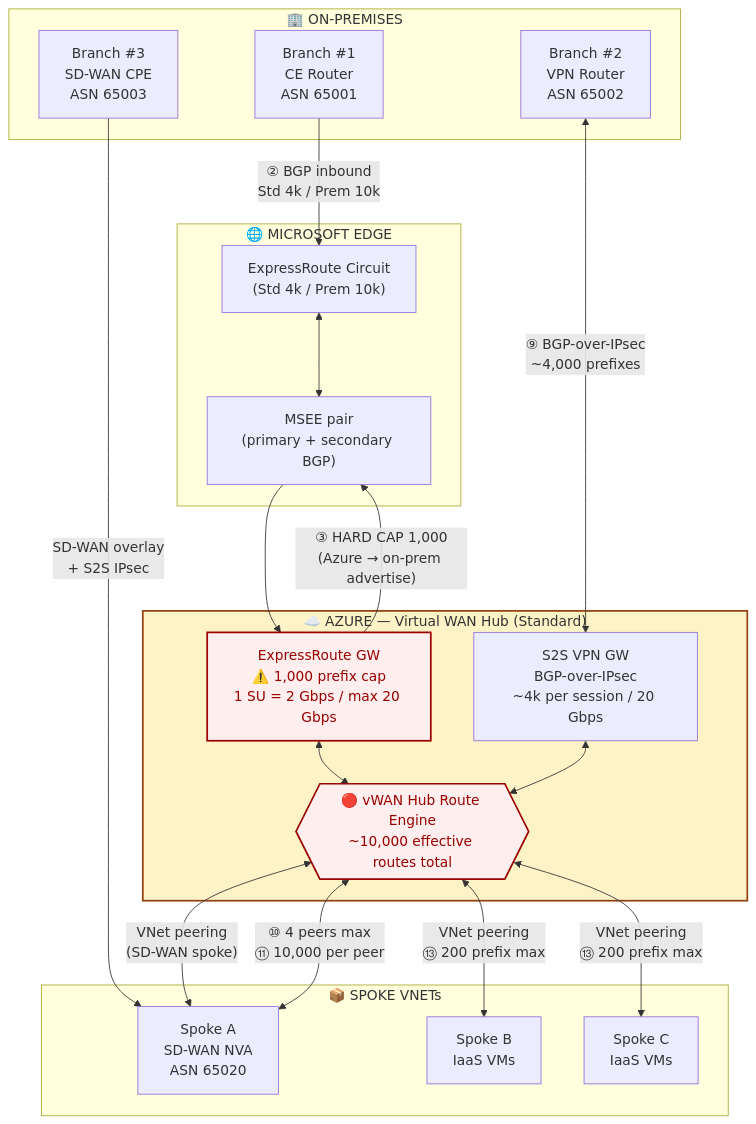
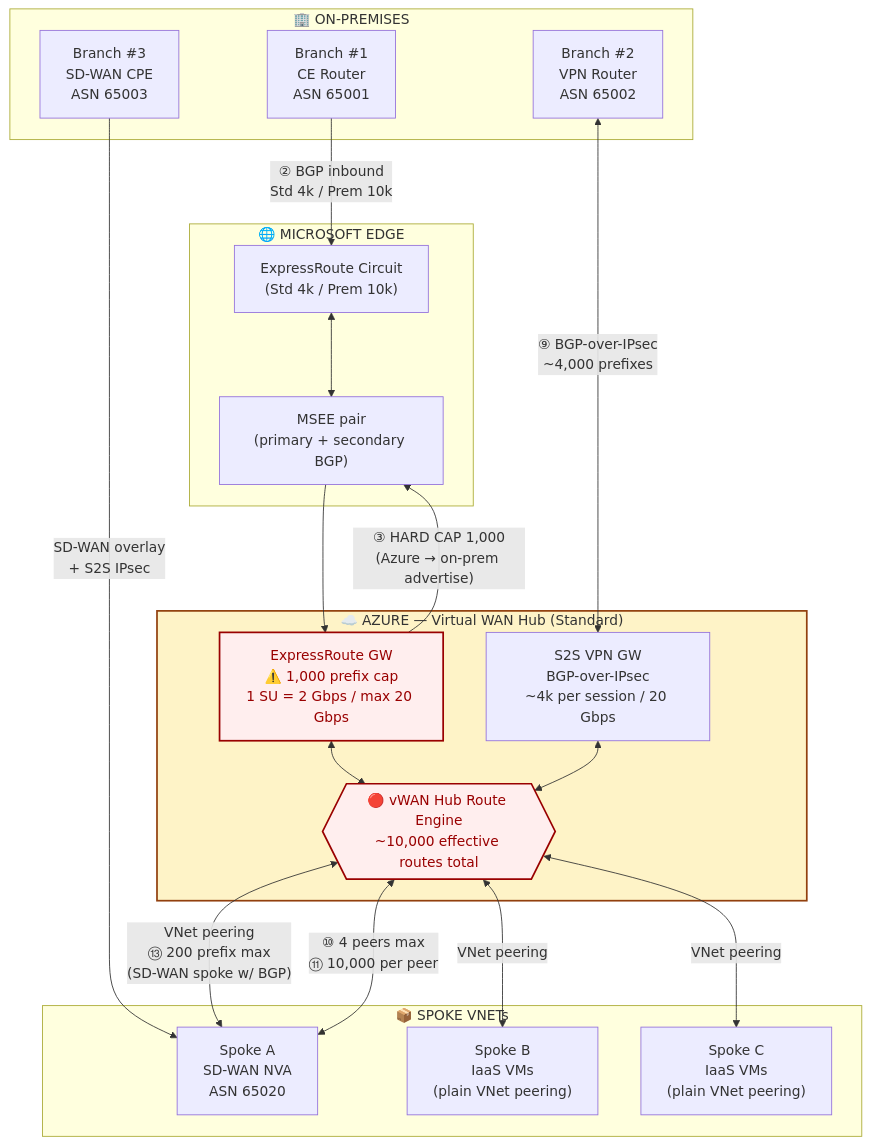
Before and after one commit to adtork/vwan-routing-limits: the first of 3 diagrams in README.md, drawn with Mermaid.

Commit message:
Spokes B/C are plain VNet peering - no route advertisement labels

````diff
--- a/README.md
+++ b/README.md
@@ -21,46 +21,46 @@
 ```mermaid
 flowchart TB
     subgraph OnPrem["🏢 ON-PREMISES"]
         B1["Branch #1<br/>CE Router<br/>ASN 65001"]
         B2["Branch #2<br/>VPN Router<br/>ASN 65002"]
         B3["Branch #3<br/>SD-WAN CPE<br/>ASN 65003"]
     end
 
     subgraph Edge["🌐 MICROSOFT EDGE"]
         ERC["ExpressRoute Circuit<br/>(Std 4k / Prem 10k)"]
         MSEE["MSEE pair<br/>(primary + secondary BGP)"]
     end
 
     subgraph Hub["☁️ AZURE — Virtual WAN Hub (Standard)"]
         ERGW["ExpressRoute GW<br/>⚠️ 1,000 prefix cap<br/>1 SU = 2 Gbps / max 20 Gbps"]
         VPNGW["S2S VPN GW<br/>BGP-over-IPsec<br/>~4k per session / 20 Gbps"]
         ENGINE{{"🔴 vWAN Hub Route Engine<br/>~10,000 effective routes total"}}
     end
 
     subgraph Spokes["📦 SPOKE VNETs"]
         SA["Spoke A<br/>SD-WAN NVA<br/>ASN 65020"]
-        SB["Spoke B<br/>IaaS VMs"]
-        SC["Spoke C<br/>IaaS VMs"]
+        SB["Spoke B<br/>IaaS VMs<br/>(plain VNet peering)"]
+        SC["Spoke C<br/>IaaS VMs<br/>(plain VNet peering)"]
     end
 
     B1 -->|"② BGP inbound<br/>Std 4k / Prem 10k"| ERC
     ERC <--> MSEE
     MSEE --> ERGW
     ERGW -->|"③ HARD CAP 1,000<br/>(Azure → on-prem advertise)"| MSEE
     ERGW <--> ENGINE
 
     B2 <-->|"⑨ BGP-over-IPsec<br/>~4,000 prefixes"| VPNGW
     VPNGW <--> ENGINE
 
     B3 -->|"SD-WAN overlay<br/>+ S2S IPsec"| SA
     SA <-->|"⑩ 4 peers max<br/>⑪ 10,000 per peer"| ENGINE
 
-    ENGINE <-->|"VNet peering<br/>⑬ 200 prefix max"| SB
-    ENGINE <-->|"VNet peering<br/>⑬ 200 prefix max"| SC
-    ENGINE <-->|"VNet peering<br/>(SD-WAN spoke)"| SA
+    ENGINE <-->|"VNet peering"| SB
+    ENGINE <-->|"VNet peering"| SC
+    ENGINE <-->|"VNet peering<br/>⑬ 200 prefix max<br/>(SD-WAN spoke w/ BGP)"| SA
 
     classDef cap fill:#fee,stroke:#900,stroke-width:2px,color:#900
     classDef hub fill:#fef3c7,stroke:#92400e,stroke-width:2px
     class ENGINE,ERGW cap
     class Hub hub
 ```
````
